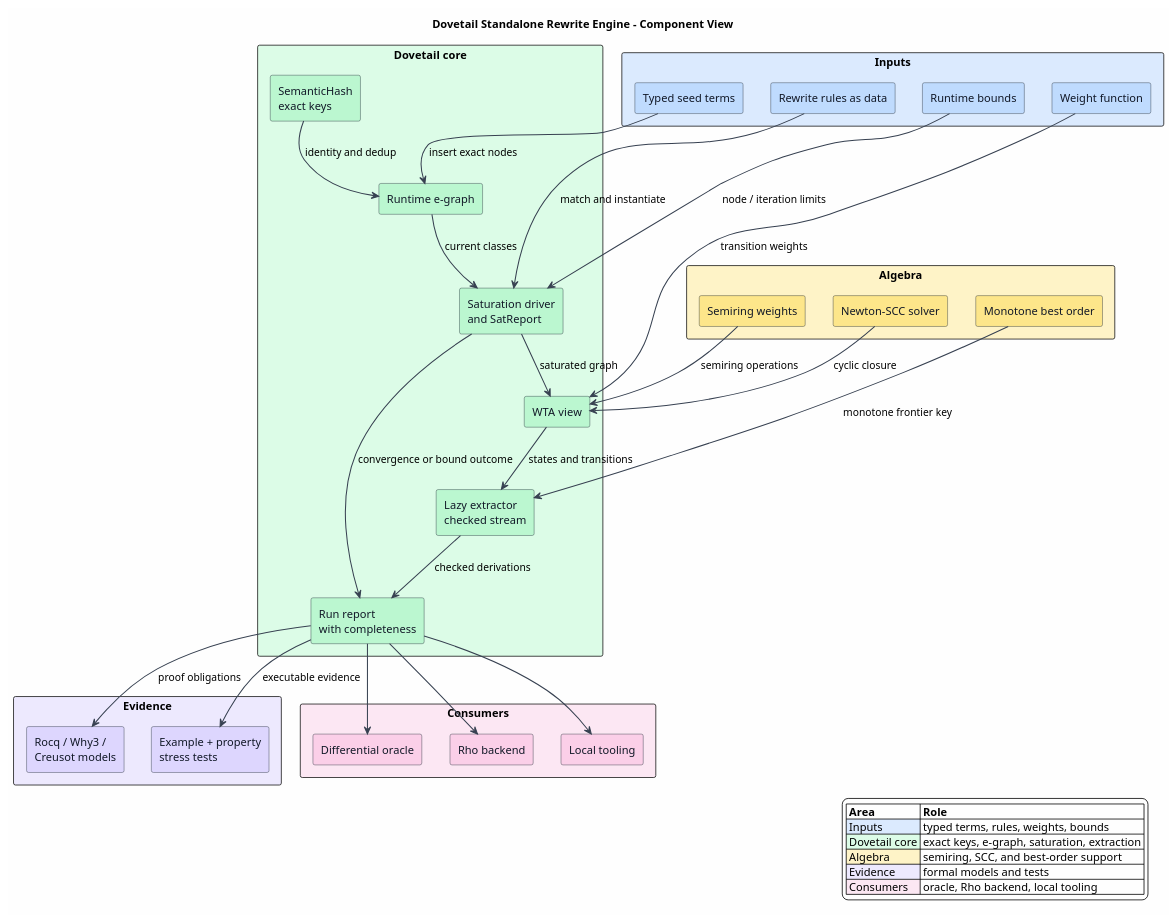
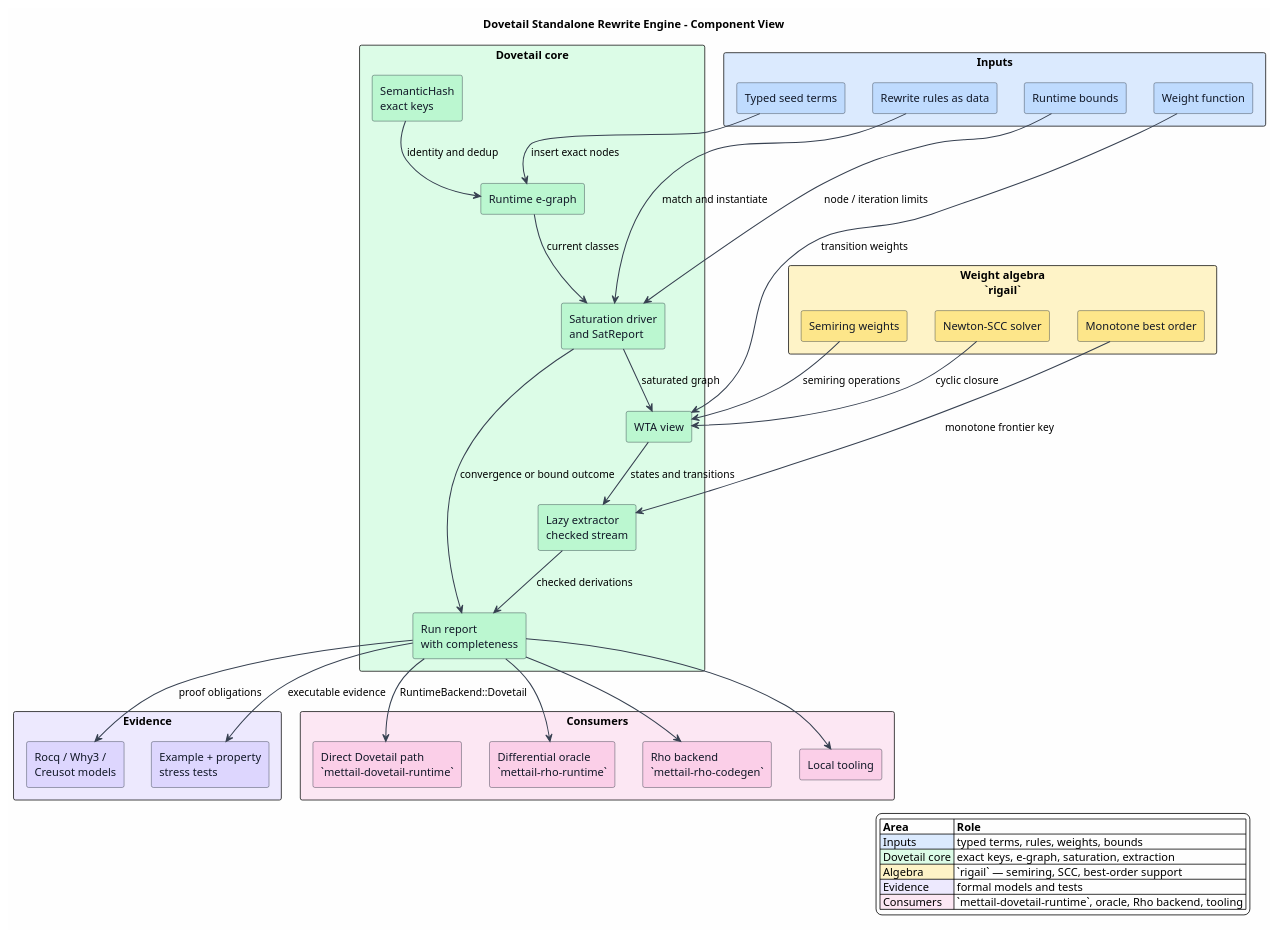
One commit to F1R3FLY-io/mettail-rust changed the diagram in docs/architecture/dovetail/figures/README.puml. Above: the diagram before and after it, drawn with PlantUML. The commit also changed 11 other files, not shown here.

First line of the commit message:
Refine diagram actors: name owning crates, fix misattributions (DOC-6)

```diff
--- a/docs/architecture/dovetail/figures/README.puml
+++ b/docs/architecture/dovetail/figures/README.puml
@@ -1,74 +1,76 @@
 @startuml
 title Dovetail Standalone Rewrite Engine - Component View
 
 skinparam backgroundColor #FEFEFE
 skinparam componentStyle rectangle
 skinparam shadowing false
 skinparam ArrowColor #374151
 skinparam ArrowThickness 1.3
 skinparam component {
   BorderColor #1F2937
   FontColor #111827
 }
 
 rectangle "Inputs" as Inputs #DBEAFE {
   component "Typed seed terms" as Seeds #BFDBFE
   component "Rewrite rules as data" as RuleData #BFDBFE
   component "Weight function" as Weigh #BFDBFE
   component "Runtime bounds" as Bounds #BFDBFE
 }
 
 rectangle "Dovetail core" as Core #DCFCE7 {
   component "SemanticHash\nexact keys" as Keys #BBF7D0
   component "Runtime e-graph" as EGraph #BBF7D0
   component "Saturation driver\nand SatReport" as Saturation #BBF7D0
   component "WTA view" as Wta #BBF7D0
   component "Lazy extractor\nchecked stream" as Extractor #BBF7D0
   component "Run report\nwith completeness" as Report #BBF7D0
 }
 
-rectangle "Algebra" as Algebra #FEF3C7 {
+rectangle "Weight algebra\n`rigail`" as Algebra #FEF3C7 {
   component "Semiring weights" as Weights #FDE68A
   component "Newton-SCC solver" as Newton #FDE68A
   component "Monotone best order" as Order #FDE68A
 }
 
 rectangle "Evidence" as Evidence #EDE9FE {
   component "Rocq / Why3 /\nCreusot models" as Formal #DDD6FE
   component "Example + property\nstress tests" as Tests #DDD6FE
 }
 
 rectangle "Consumers" as Consumers #FCE7F3 {
-  component "Differential oracle" as Oracle #FBCFE8
-  component "Rho backend" as Rho #FBCFE8
+  component "Direct Dovetail path\n`mettail-dovetail-runtime`" as Direct #FBCFE8
+  component "Differential oracle\n`mettail-rho-runtime`" as Oracle #FBCFE8
+  component "Rho backend\n`mettail-rho-codegen`" as Rho #FBCFE8
   component "Local tooling" as Tooling #FBCFE8
 }
 
 Seeds --> EGraph : insert exact nodes
 RuleData --> Saturation : match and instantiate
 Keys --> EGraph : identity and dedup
 EGraph --> Saturation : current classes
 Bounds --> Saturation : node / iteration limits
 Saturation --> Wta : saturated graph
 Weigh --> Wta : transition weights
 Weights --> Wta : semiring operations
 Newton --> Wta : cyclic closure
 Wta --> Extractor : states and transitions
 Order --> Extractor : monotone frontier key
 Extractor --> Report : checked derivations
 Saturation --> Report : convergence or bound outcome
 Report --> Formal : proof obligations
 Report --> Tests : executable evidence
+Report --> Direct : RuntimeBackend::Dovetail
 Report --> Oracle
 Report --> Rho
 Report --> Tooling
 
 legend right
 |= Area |= Role |
 |<#DBEAFE> Inputs | typed terms, rules, weights, bounds |
 |<#DCFCE7> Dovetail core | exact keys, e-graph, saturation, extraction |
-|<#FEF3C7> Algebra | semiring, SCC, and best-order support |
+|<#FEF3C7> Algebra | `rigail` — semiring, SCC, best-order support |
 |<#EDE9FE> Evidence | formal models and tests |
-|<#FCE7F3> Consumers | oracle, Rho backend, local tooling |
+|<#FCE7F3> Consumers | `mettail-dovetail-runtime`, oracle, Rho backend, tooling |
 endlegend
 @enduml
```
